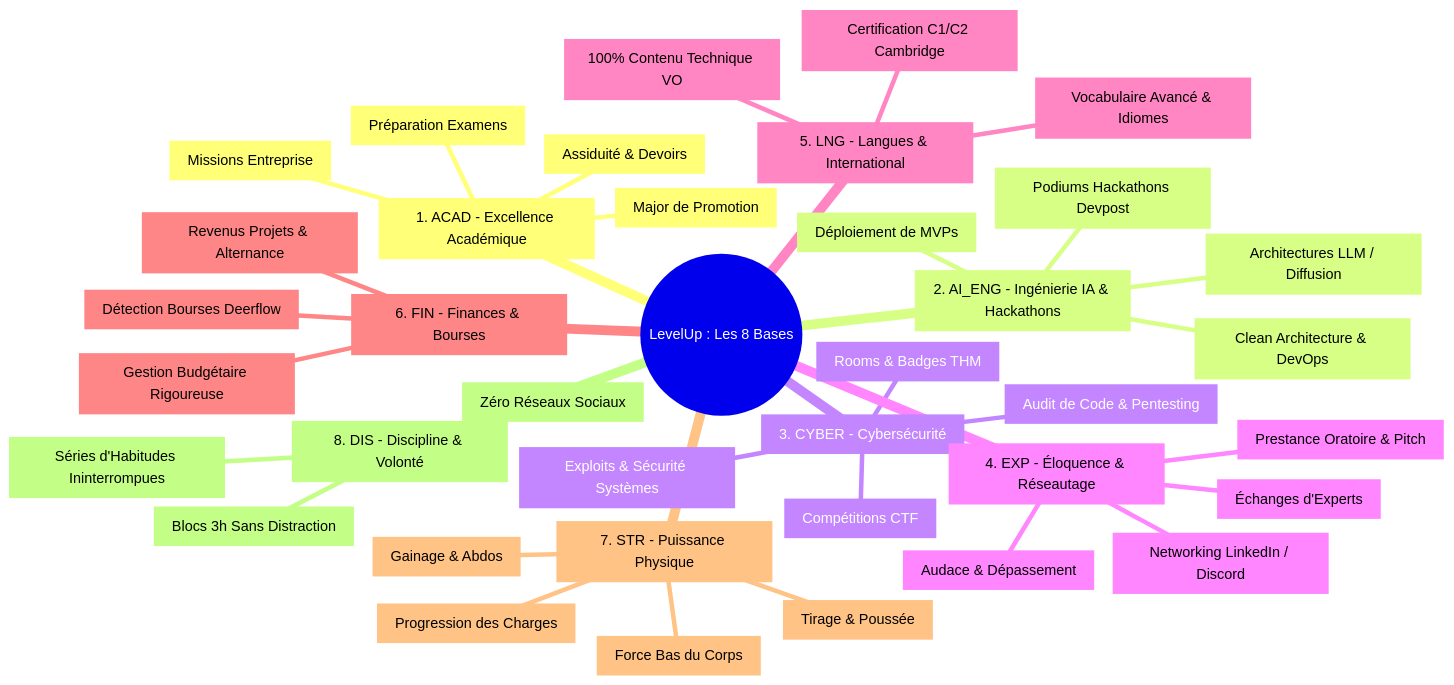
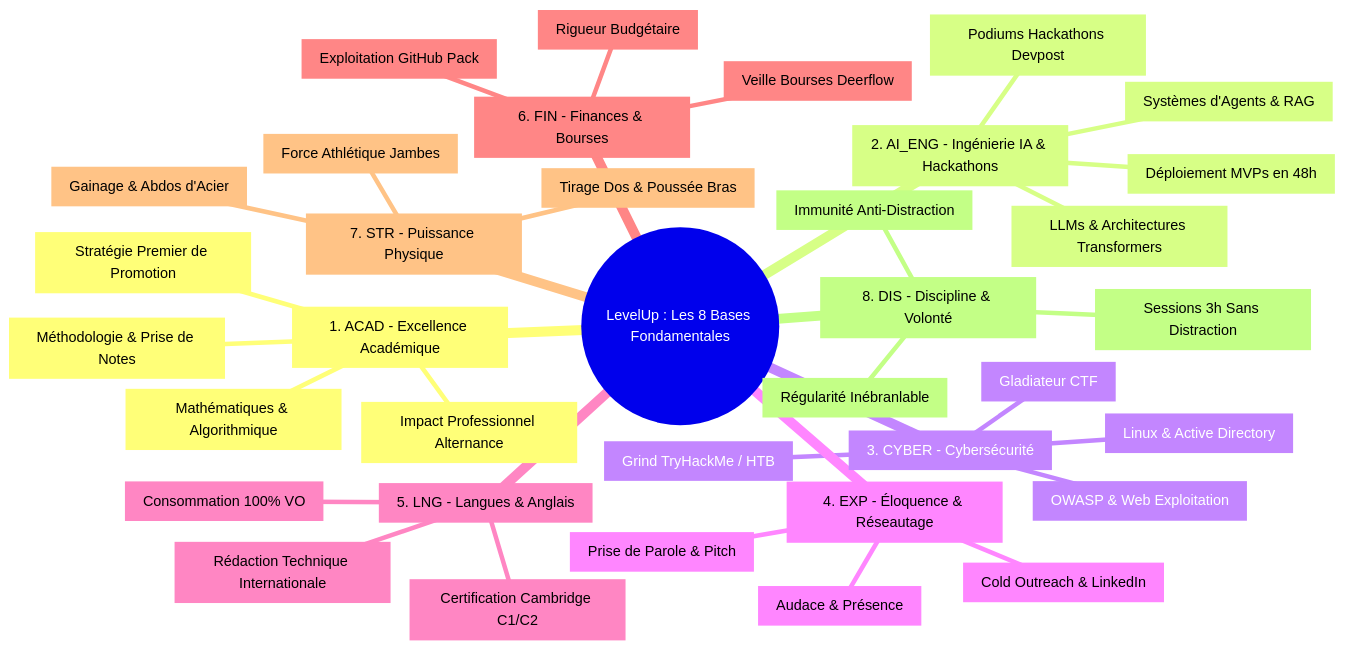
One commit to GeovanioH/LevelUp changed the first of 3 diagrams in docs/01-PRD.md. Above: the diagram before and after it, drawn with Mermaid. The commit also changed other lines of this file, not shown here.

````diff
--- a/docs/01-PRD.md
+++ b/docs/01-PRD.md
@@ -61,49 +46,39 @@
 ```mermaid
 mindmap
-  root((LevelUp : Les 8 Bases))
+  root((LevelUp : Les 8 Bases Fondamentales))
     ACAD["1. ACAD - Excellence Académique"]
-      ::icon(fa fa-graduation-cap)
-      Notes_Major["Major de Promotion"]
-      Partiels["Préparation Examens"]
-      Devoirs["Assiduité & Devoirs"]
-      Alternance["Missions Entreprise"]
+      ACAD_Maths["Mathématiques & Algorithmique"]
+      ACAD_Notes["Méthodologie & Prise de Notes"]
+      ACAD_Major["Stratégie Premier de Promotion"]
+      ACAD_Alternance["Impact Professionnel Alternance"]
     AI_ENG["2. AI_ENG - Ingénierie IA & Hackathons"]
-      ::icon(fa fa-code)
-      Recherche_IA["Architectures LLM / Diffusion"]
-      MVPs["Déploiement de MVPs"]
-      Hackathons["Podiums Hackathons Devpost"]
-      Archi_Logicielle["Clean Architecture & DevOps"]
+      AI_LLM["LLMs & Architectures Transformers"]
+      AI_Agents["Systèmes d'Agents & RAG"]
+      AI_Fullstack["Déploiement MVPs en 48h"]
+      AI_Hackathons["Podiums Hackathons Devpost"]
     CYBER["3. CYBER - Cybersécurité"]
-      ::icon(fa fa-shield-alt)
-      TryHackMe["Rooms & Badges THM"]
-      CTF["Compétitions CTF"]
-      Audits["Audit de Code & Pentesting"]
-      Veille_CVE["Exploits & Sécurité Systèmes"]
+      CYBER_Web["OWASP & Web Exploitation"]
+      CYBER_System["Linux & Active Directory"]
+      CYBER_THM["Grind TryHackMe / HTB"]
+      CYBER_CTF["Gladiateur CTF"]
     EXP["4. EXP - Éloquence & Réseautage"]
-      ::icon(fa fa-users)
-      Prise_Parole["Prestance Oratoire & Pitch"]
-      Reseau_Pro["Networking LinkedIn / Discord"]
-      Confiance["Audace & Dépassement"]
-      Mentorat["Échanges d'Experts"]
-    LNG["5. LNG - Langues & International"]
-      ::icon(fa fa-language)
-      Cambridge["Certification C1/C2 Cambridge"]
-      Immersion["100% Contenu Technique VO"]
-      Vocabulaire["Vocabulaire Avancé & Idiomes"]
+      EXP_Public["Prise de Parole & Pitch"]
+      EXP_Network["Cold Outreach & LinkedIn"]
+      EXP_Confidence["Audace & Présence"]
+    LNG["5. LNG - Langues & Anglais"]
+      LNG_Cambridge["Certification Cambridge C1/C2"]
+      LNG_Immersion["Consommation 100% VO"]
+      LNG_Writing["Rédaction Technique Internationale"]
     FIN["6. FIN - Finances & Bourses"]
-      ::icon(fa fa-coins)
-      Bourses["Détection Bourses Deerflow"]
-      Budget["Gestion Budgétaire Rigoureuse"]
-      Monetisation["Revenus Projets & Alternance"]
+      FIN_Bourses["Veille Bourses Deerflow"]
+      FIN_Budget["Rigueur Budgétaire"]
+      FIN_Packs["Exploitation GitHub Pack"]
     STR["7. STR - Puissance Physique"]
-      ::icon(fa fa-dumbbell)
-      Dos_Bras["Tirage & Poussée"]
-      Abdos_Core["Gainage & Abdos"]
-      Jambes["Force Bas du Corps"]
-      Surcharge["Progression des Charges"]
+      STR_Upper["Tirage Dos & Poussée Bras"]
+      STR_Core["Gainage & Abdos d'Acier"]
+      STR_Lower["Force Athlétique Jambes"]
     DIS["8. DIS - Discipline & Volonté"]
-      ::icon(fa fa-brain)
-      Deep_Work["Blocs 3h Sans Distraction"]
-      Anti_Dopamine["Zéro Réseaux Sociaux"]
-      Constance["Séries d'Habitudes Ininterrompues"]
+      DIS_DeepWork["Sessions 3h Sans Distraction"]
+      DIS_Detox["Immunité Anti-Distraction"]
+      DIS_Streaks["Régularité Inébranlable"]
 ```
````
